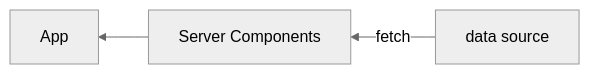
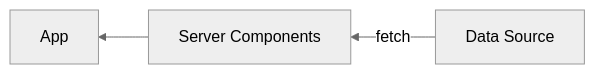
The first of 2 diagrams in articles/server-actions-with-react-hook-form.md (morinokami/zenn-docs), drawn with Mermaid (neutral theme) before and after one commit. The commit also changed other lines of this file, not shown here.

````diff
--- a/articles/server-actions-with-react-hook-form.md
+++ b/articles/server-actions-with-react-hook-form.md
@@ -68,5 +67,5 @@
 ```mermaid
 graph RL
-D[data source]-->|fetch|S1[Server Components]
+D[Data Source]-->|fetch|S1[Server Components]
 S1-->APP[App]
 ```
````
